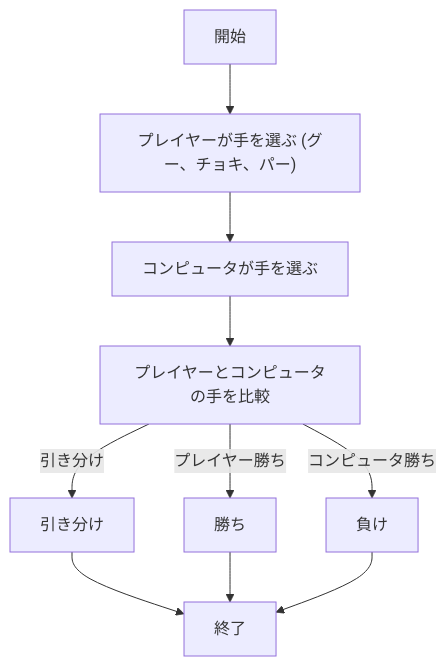
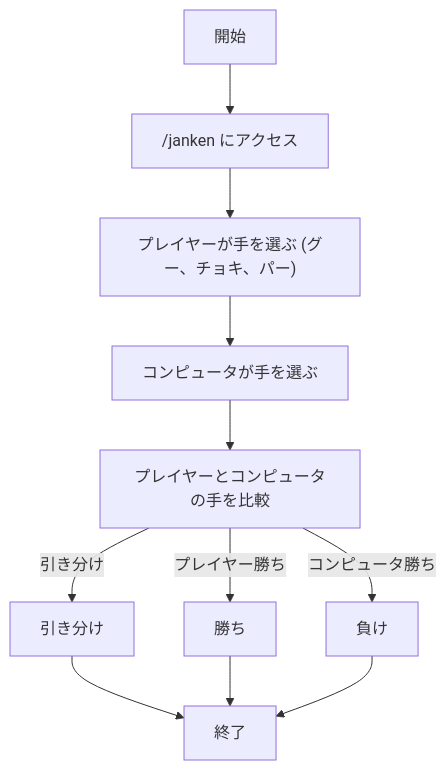
Before and after one commit to shigetomiharuto/webpro_06: the fourth of 6 diagrams in README.md, drawn with Mermaid. The commit also changed other lines of this file, not shown here.

````diff
--- a/README.md
+++ b/README.md
@@ -58,22 +132,24 @@
 ```mermaid
 flowchart TD;
   start["開始"];
+   access["/janken にアクセス"]
   player_choice["プレイヤーが手を選ぶ (グー、チョキ、パー)"]
   cpu_choice["コンピュータが手を選ぶ"]
   compare["プレイヤーとコンピュータの手を比較"]
   draw["引き分け"]
   win["勝ち"]
   lose["負け"]
   end1["終了"]
 
-  start --> player_choice
+  start --> access
+  access --> player_choice
   player_choice --> cpu_choice
   cpu_choice --> compare
   compare -->|引き分け| draw
   compare -->|プレイヤー勝ち| win
   compare -->|コンピュータ勝ち| lose
   draw --> end1
   win --> end1
   lose --> end1
 
 ```
````
